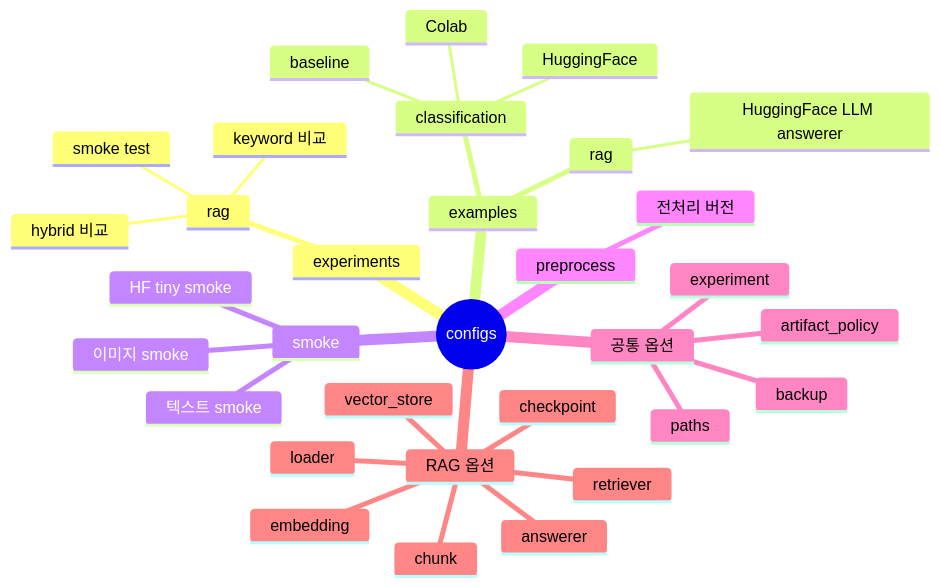
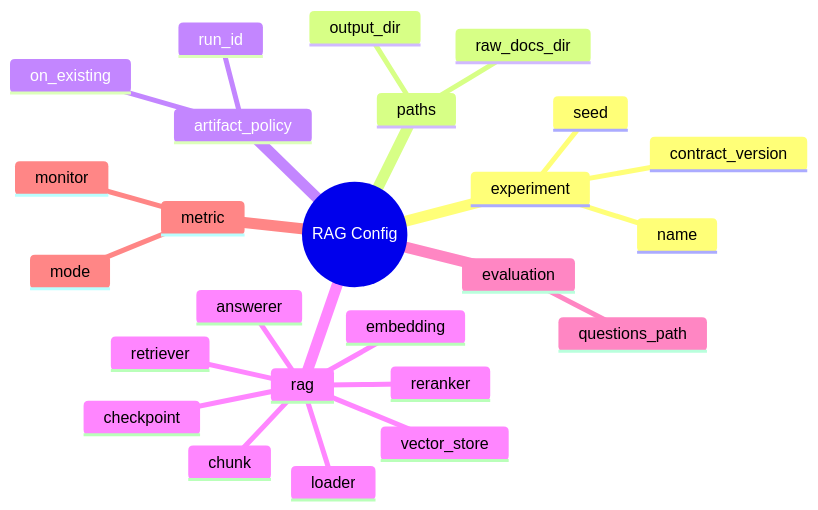
One commit to Codeit-Part3-6Team/Codeit-Part3-6Team-Project changed the diagram in configs/README.md. Above: the diagram before and after it, drawn with Mermaid. The commit also changed other lines of this file and 24 other files, not shown here.

````diff
--- a/configs/README.md
+++ b/configs/README.md
@@ -9,35 +32,28 @@
 ```mermaid
 mindmap
-  root((configs))
-    experiments
-      rag
-        smoke test
-        keyword 비교
-        hybrid 비교
-    examples
-      classification
-        baseline
-        HuggingFace
-        Colab
-      rag
-        HuggingFace LLM answerer
-    smoke
-      이미지 smoke
-      텍스트 smoke
-      HF tiny smoke
-    preprocess
-      전처리 버전
-    공통 옵션
-      experiment
-      paths
-      artifact_policy
-      backup
-    RAG 옵션
+  root((RAG Config))
+    experiment
+      name
+      seed
+      contract_version
+    paths
+      raw_docs_dir
+      output_dir
+    artifact_policy
+      run_id
+      on_existing
+    rag
       loader
       chunk
       embedding
       vector_store
       retriever
+      reranker
       answerer
       checkpoint
+    evaluation
+      questions_path
+    metric
+      monitor
+      mode
 ```
````
